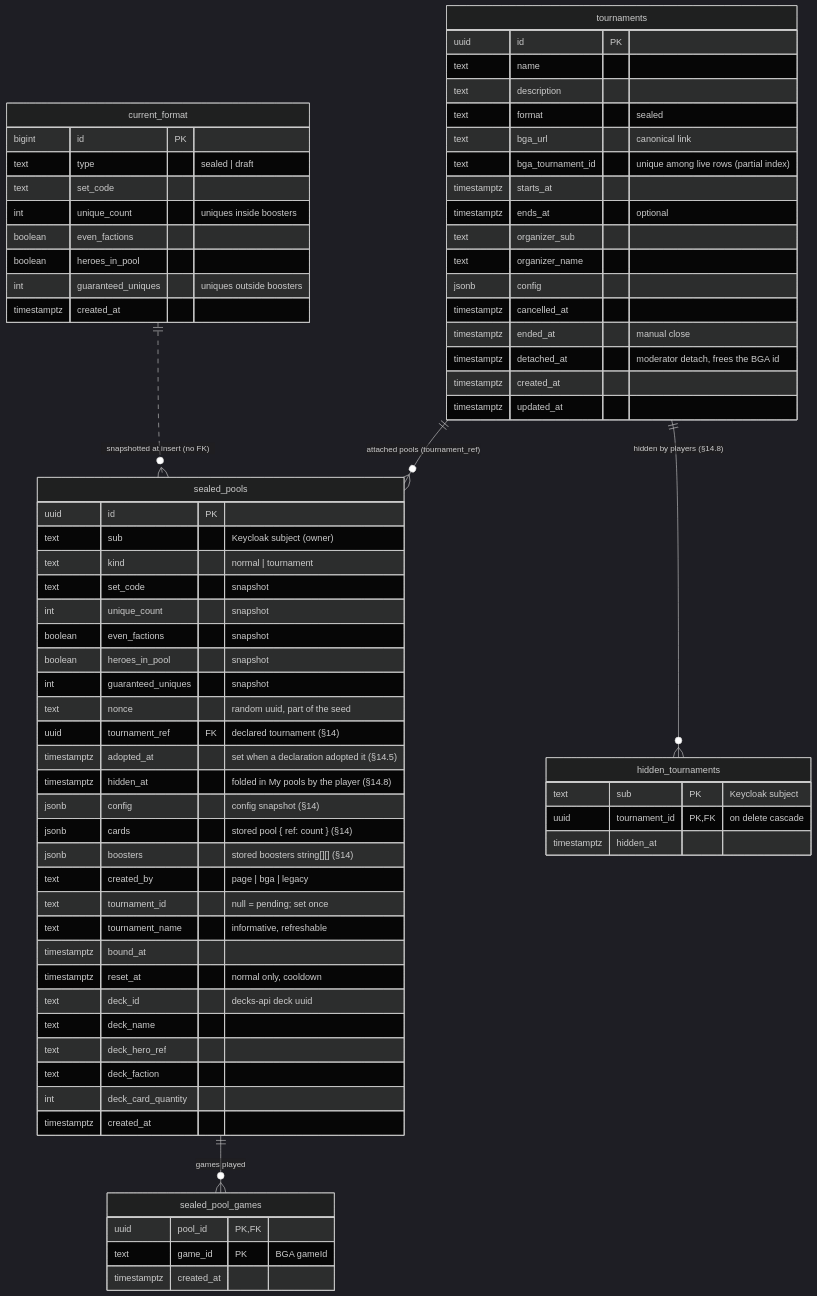
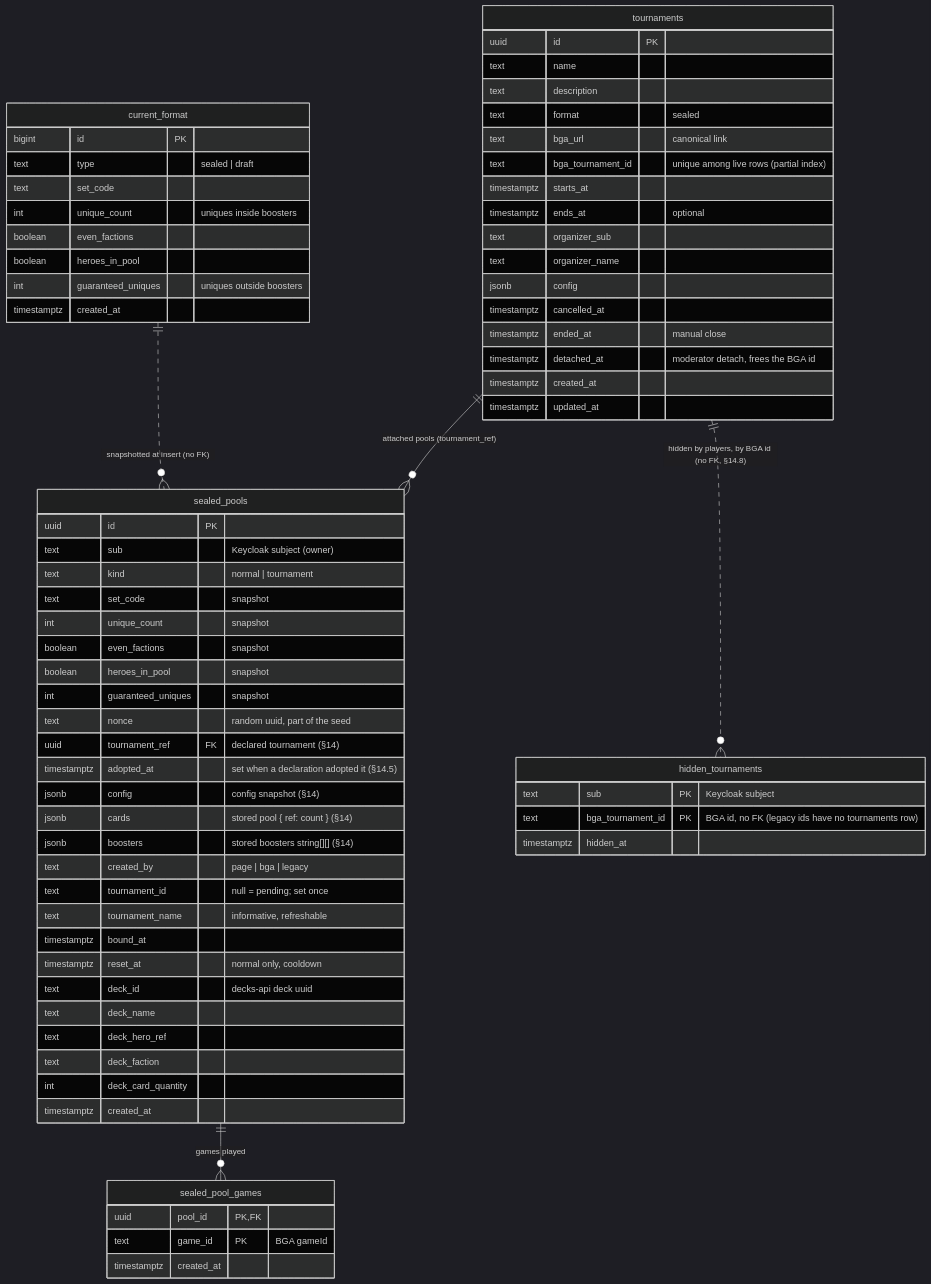
Before and after one commit to Altered-Re-Union/altered-draft: the seventh of 7 diagrams in docs/tournaments/README.md, drawn with Mermaid (dark theme). The commit also changed other lines of this file and 17 other files, not shown here.

First line of the commit message:
Hub: one hide per BGA tournament instead of a pool column

````diff
--- a/docs/tournaments/README.md
+++ b/docs/tournaments/README.md
@@ -627,73 +627,72 @@
 ```mermaid
 erDiagram
   current_format {
     bigint id PK
     text type "sealed | draft"
     text set_code
     int unique_count "uniques inside boosters"
     boolean even_factions
     boolean heroes_in_pool
     int guaranteed_uniques "uniques outside boosters"
     timestamptz created_at
   }
   sealed_pools {
     uuid id PK
     text sub "Keycloak subject (owner)"
     text kind "normal | tournament"
     text set_code "snapshot"
     int unique_count "snapshot"
     boolean even_factions "snapshot"
     boolean heroes_in_pool "snapshot"
     int guaranteed_uniques "snapshot"
     text nonce "random uuid, part of the seed"
     uuid tournament_ref FK "declared tournament (§14)"
     timestamptz adopted_at "set when a declaration adopted it (§14.5)"
-    timestamptz hidden_at "folded in My pools by the player (§14.8)"
     jsonb config "config snapshot (§14)"
     jsonb cards "stored pool { ref: count } (§14)"
     jsonb boosters "stored boosters string[][] (§14)"
     text created_by "page | bga | legacy"
     text tournament_id "null = pending; set once"
     text tournament_name "informative, refreshable"
     timestamptz bound_at
     timestamptz reset_at "normal only, cooldown"
     text deck_id "decks-api deck uuid"
     text deck_name
     text deck_hero_ref
     text deck_faction
     int deck_card_quantity
     timestamptz created_at
   }
   tournaments {
     uuid id PK
     text name
     text description
     text format "sealed"
     text bga_url "canonical link"
     text bga_tournament_id "unique among live rows (partial index)"
     timestamptz starts_at
     timestamptz ends_at "optional"
     text organizer_sub
     text organizer_name
     jsonb config
     timestamptz cancelled_at
     timestamptz ended_at "manual close"
     timestamptz detached_at "moderator detach, frees the BGA id"
     timestamptz created_at
     timestamptz updated_at
   }
   hidden_tournaments {
     text sub PK "Keycloak subject"
-    uuid tournament_id PK,FK "on delete cascade"
+    text bga_tournament_id PK "BGA id, no FK (legacy ids have no tournaments row)"
     timestamptz hidden_at
   }
   sealed_pool_games {
     uuid pool_id PK,FK
     text game_id PK "BGA gameId"
     timestamptz created_at
   }
   current_format ||..o{ sealed_pools : "snapshotted at insert (no FK)"
   sealed_pools ||--o{ sealed_pool_games : "games played"
   tournaments ||--o{ sealed_pools : "attached pools (tournament_ref)"
-  tournaments ||--o{ hidden_tournaments : "hidden by players (§14.8)"
+  tournaments ||..o{ hidden_tournaments : "hidden by players, by BGA id (no FK, §14.8)"
 ```
````
